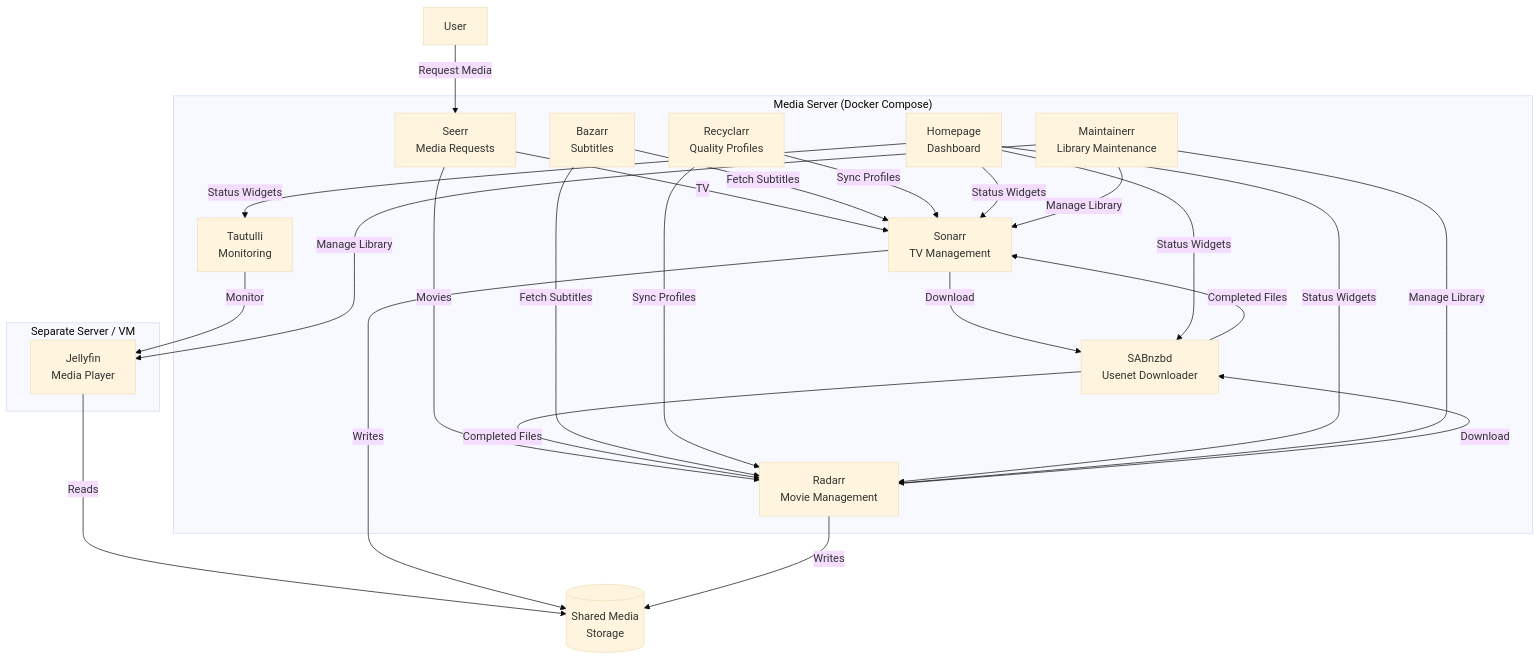
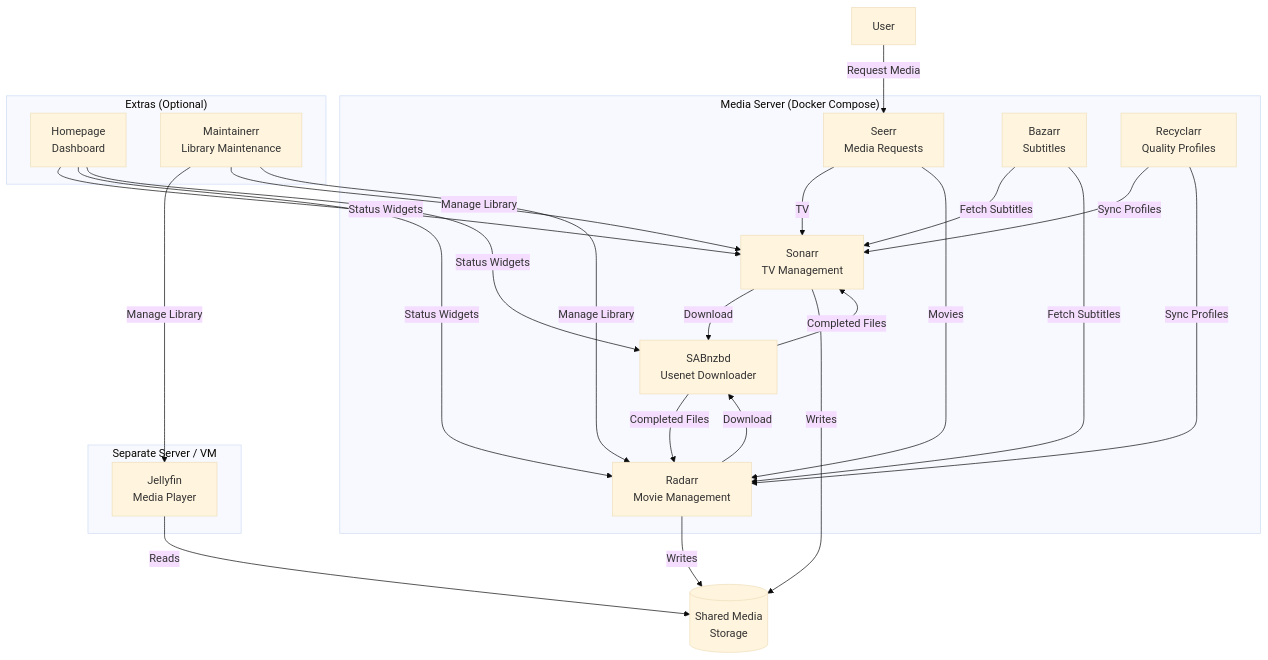
Before and after one commit to bcanfield/docker-media-server: the diagram in README.md, drawn with Mermaid (base theme). The commit also changed other lines of this file and 9 other files, not shown here.

````diff
--- a/README.md
+++ b/README.md
@@ -12,41 +13,41 @@
 ```mermaid
 graph TD
     subgraph Media Server ["Media Server (Docker Compose)"]
         Seerr["Seerr<br>Media Requests"]
         Sonarr["Sonarr<br>TV Management"]
         Radarr["Radarr<br>Movie Management"]
         SABnzbd["SABnzbd<br>Usenet Downloader"]
         Bazarr["Bazarr<br>Subtitles"]
         Recyclarr["Recyclarr<br>Quality Profiles"]
-        Tautulli["Tautulli<br>Monitoring"]
+    end
+
+    subgraph Extras ["Extras (Optional)"]
         Homepage["Homepage<br>Dashboard"]
         Maintainerr["Maintainerr<br>Library Maintenance"]
     end
 
     subgraph Playback ["Separate Server / VM"]
         Jellyfin["Jellyfin<br>Media Player"]
     end
 
     User -->|Request Media| Seerr
     Seerr -->|TV| Sonarr
     Seerr -->|Movies| Radarr
     Sonarr -->|Download| SABnzbd
     Radarr -->|Download| SABnzbd
     SABnzbd -->|Completed Files| Sonarr
     SABnzbd -->|Completed Files| Radarr
     Bazarr -->|Fetch Subtitles| Sonarr
     Bazarr -->|Fetch Subtitles| Radarr
     Recyclarr -->|Sync Profiles| Sonarr
     Recyclarr -->|Sync Profiles| Radarr
-    Tautulli -->|Monitor| Jellyfin
     Homepage -->|Status Widgets| Sonarr
     Homepage -->|Status Widgets| Radarr
     Homepage -->|Status Widgets| SABnzbd
-    Homepage -->|Status Widgets| Tautulli
     Maintainerr -->|Manage Library| Jellyfin
     Maintainerr -->|Manage Library| Sonarr
     Maintainerr -->|Manage Library| Radarr
     Jellyfin -->|Reads| MediaStorage[("Shared Media<br>Storage")]
     Sonarr -->|Writes| MediaStorage
     Radarr -->|Writes| MediaStorage
 ```
````
